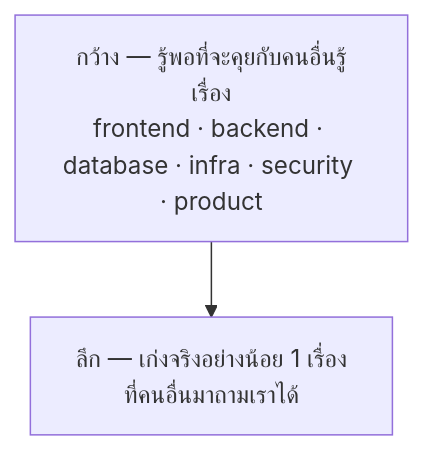
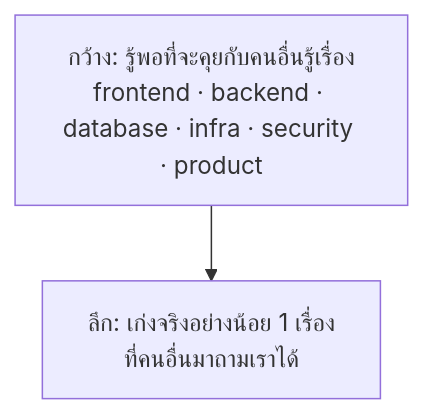
The fourth of 14 diagrams in readings/07-modern-software-engineer.md (CE-SDPX/SDPX-AI), drawn with Mermaid before and after one commit. The commit also changed other lines of this file and 6 other files, not shown here.

````diff
--- a/readings/07-modern-software-engineer.md
+++ b/readings/07-modern-software-engineer.md
@@ -123,5 +122,5 @@
 ```mermaid
 flowchart TB
-    W["กว้าง — รู้พอที่จะคุยกับคนอื่นรู้เรื่อง<br/>frontend · backend · database · infra · security · product"]
-    W --> D["ลึก — เก่งจริงอย่างน้อย 1 เรื่อง<br/>ที่คนอื่นมาถามเราได้"]
+    W["กว้าง: รู้พอที่จะคุยกับคนอื่นรู้เรื่อง<br/>frontend · backend · database · infra · security · product"]
+    W --> D["ลึก: เก่งจริงอย่างน้อย 1 เรื่อง<br/>ที่คนอื่นมาถามเราได้"]
 ```
````
